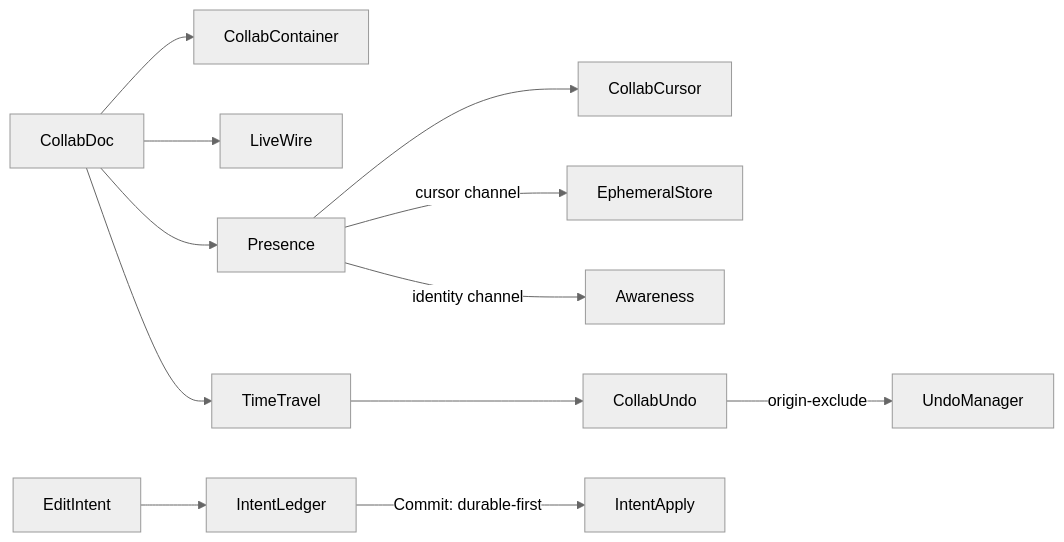
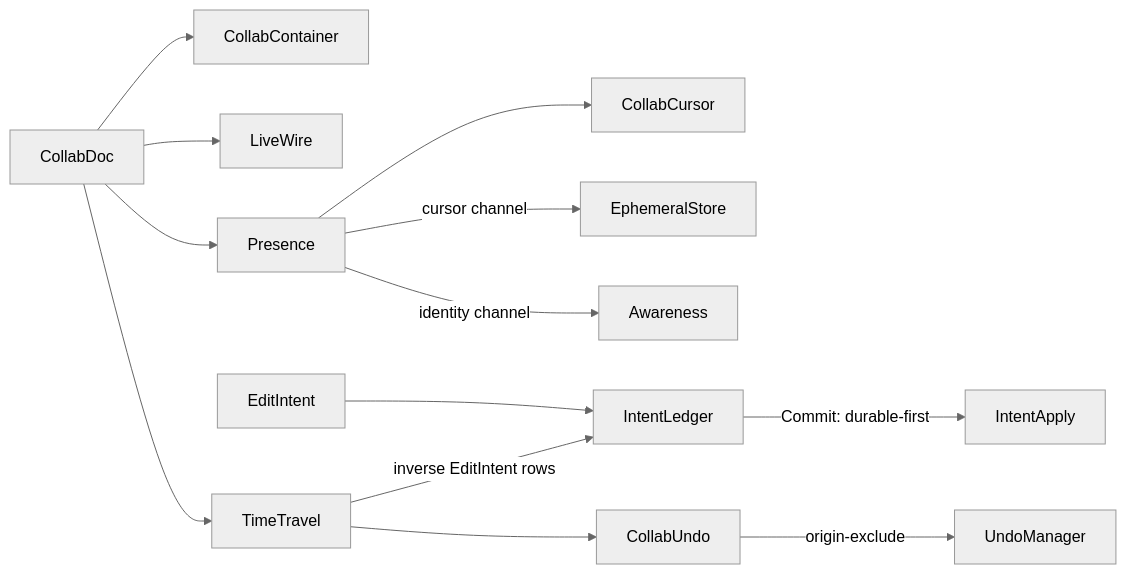
One commit to bsamiee/Rasm changed the second of 2 diagrams in libs/csharp/Rasm.AppUi/.planning/Collab/sync.md. Above: the diagram before and after it, drawn with Mermaid (neutral theme). The commit also changed other lines of this file and 46 other files, not shown here.

Commit message:
snapshot: rebuild wf mid-run planning output + mermaid render lane stale-env hardening

````diff
--- a/libs/csharp/Rasm.AppUi/.planning/Collab/sync.md
+++ b/libs/csharp/Rasm.AppUi/.planning/Collab/sync.md
@@ -530,14 +581,15 @@
 ```mermaid
 flowchart LR
     CollabDoc --> CollabContainer
     CollabDoc --> LiveWire
     CollabDoc --> Presence
     EditIntent --> IntentLedger
     IntentLedger -->|Commit: durable-first| IntentApply
     Presence --> CollabCursor
     Presence -->|cursor channel| EphemeralStore
     Presence -->|identity channel| Awareness
     CollabDoc --> TimeTravel
+    TimeTravel -->|inverse EditIntent rows| IntentLedger
     TimeTravel --> CollabUndo
     CollabUndo -->|origin-exclude| UndoManager
 ```
````
